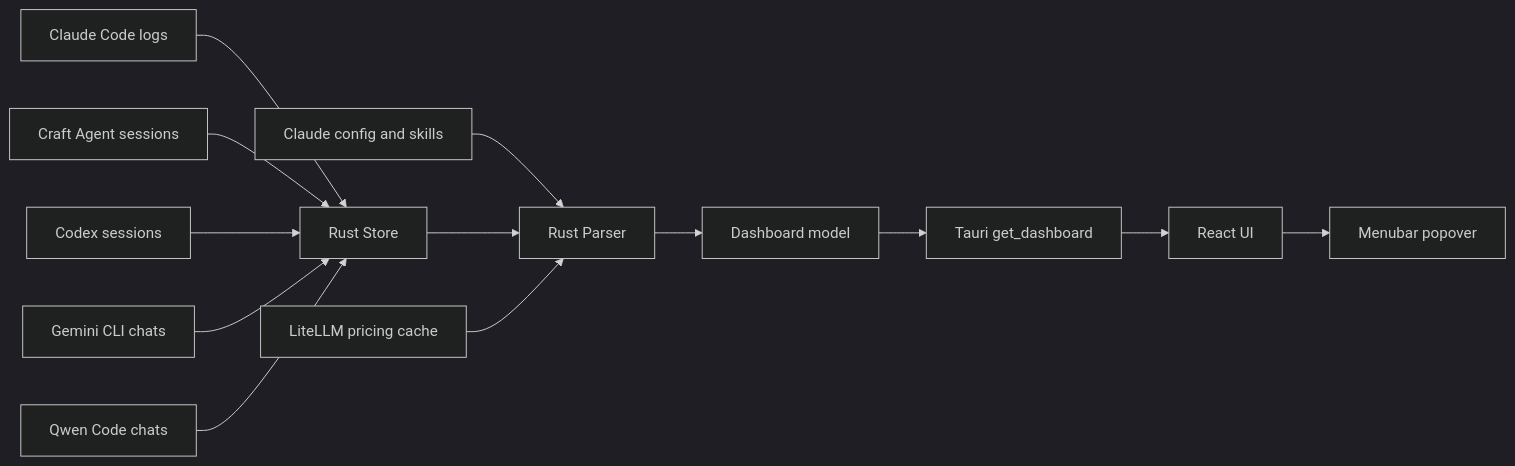
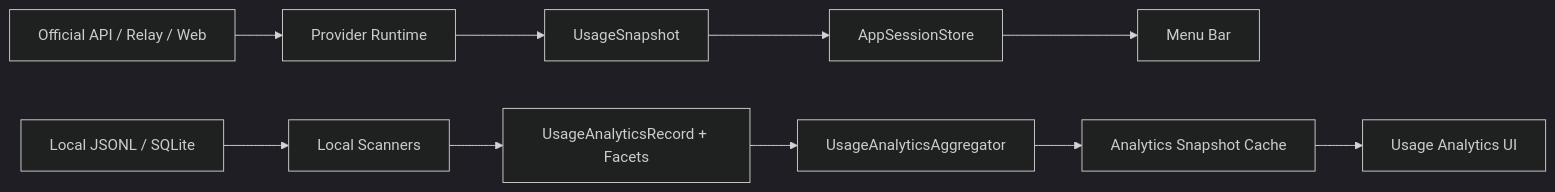
Before and after one commit to HeyHuazi/CraftMeter: the diagram in docs/ARCHITECTURE.md, drawn with Mermaid (dark theme). The commit also changed other lines of this file and 627 other files, not shown here.

````diff
--- a/docs/ARCHITECTURE.md
+++ b/docs/ARCHITECTURE.md
@@ -42,15 +7,13 @@
 ```mermaid
 graph LR
-    ClaudeLogs[Claude Code logs] --> Store[Rust Store]
-    CraftLogs[Craft Agent sessions] --> Store
-    CodexLogs[Codex sessions] --> Store
-    GeminiLogs[Gemini CLI chats] --> Store
-    QwenLogs[Qwen Code chats] --> Store
-    Config[Claude config and skills] --> Parser[Rust Parser]
-    Store --> Parser
-    Pricing[LiteLLM pricing cache] --> Parser
-    Parser --> Dashboard[Dashboard model]
-    Dashboard --> Command[Tauri get_dashboard]
-    Command --> React[React UI]
-    React --> Popover[Menubar popover]
+    API[Official API / Relay / Web] --> Runtime[Provider Runtime]
+    Runtime --> Snapshot[UsageSnapshot]
+    Snapshot --> Session[AppSessionStore]
+    Session --> Menu[Menu Bar]
+
+    Logs[Local JSONL / SQLite] --> Scanners[Local Scanners]
+    Scanners --> Records[UsageAnalyticsRecord + Facets]
+    Records --> Aggregator[UsageAnalyticsAggregator]
+    Aggregator --> Cache[Analytics Snapshot Cache]
+    Cache --> Settings[Usage Analytics UI]
 ```
````
